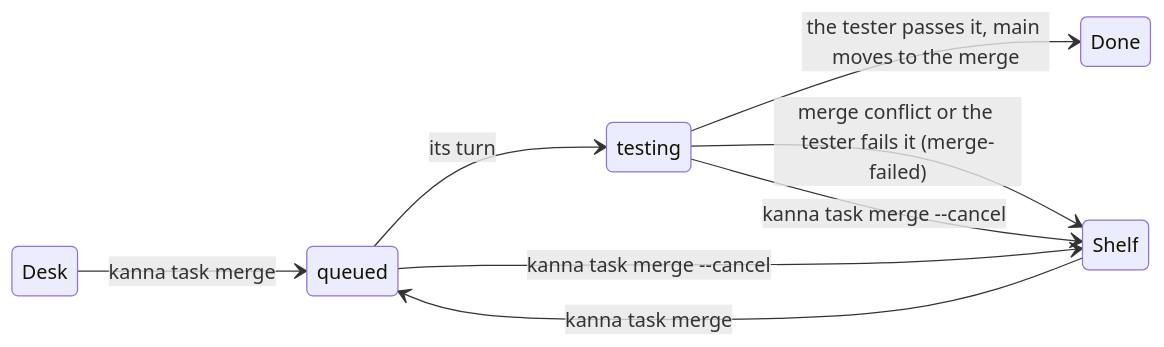
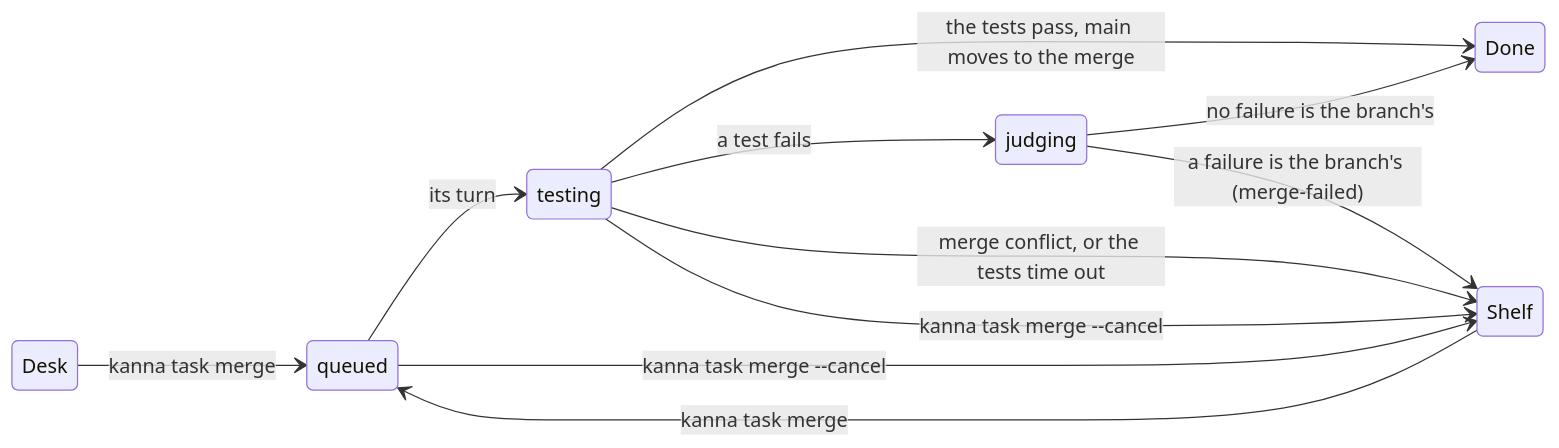
The first of 5 diagrams in docs/specs/merge-queue.md (tampopogk/kanna), drawn with Mermaid before and after one commit. The commit also changed other lines of this file and 16 other files, not shown here.

Commit message:
Merge queue specs: the daemon runs the tests and a judge decides only a failure (merge-queue.md), run commands get their own spec (run-commands.md), the tab shows judging and needs-you entries; mockup and pictures follow

````diff
--- a/docs/specs/merge-queue.md
+++ b/docs/specs/merge-queue.md
@@ -31,11 +31,14 @@
 ```mermaid
 stateDiagram-v2
     direction LR
     Desk --> queued: kanna task merge
     Shelf --> queued: kanna task merge
     queued --> testing: its turn
-    testing --> Done: the tester passes it, main moves to the merge
-    testing --> Shelf: merge conflict or the tester fails it (merge-failed)
+    testing --> Done: the tests pass, main moves to the merge
+    testing --> judging: a test fails
+    judging --> Done: no failure is the branch's
+    judging --> Shelf: a failure is the branch's (merge-failed)
+    testing --> Shelf: merge conflict, or the tests time out
     queued --> Shelf: kanna task merge --cancel
     testing --> Shelf: kanna task merge --cancel
 ```
````
